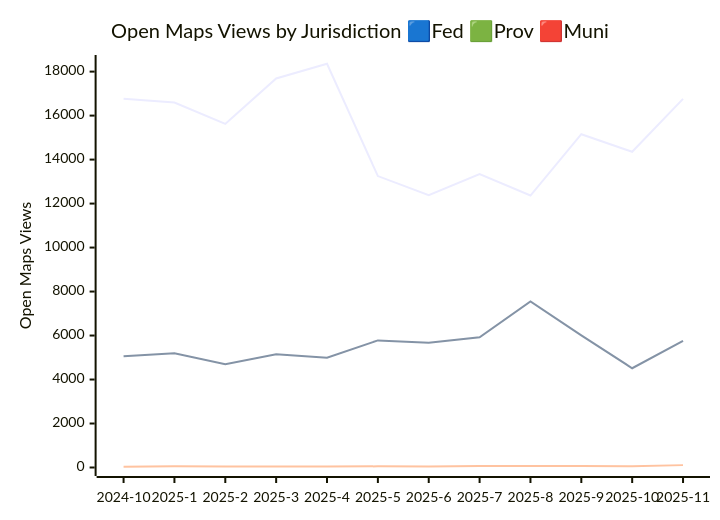
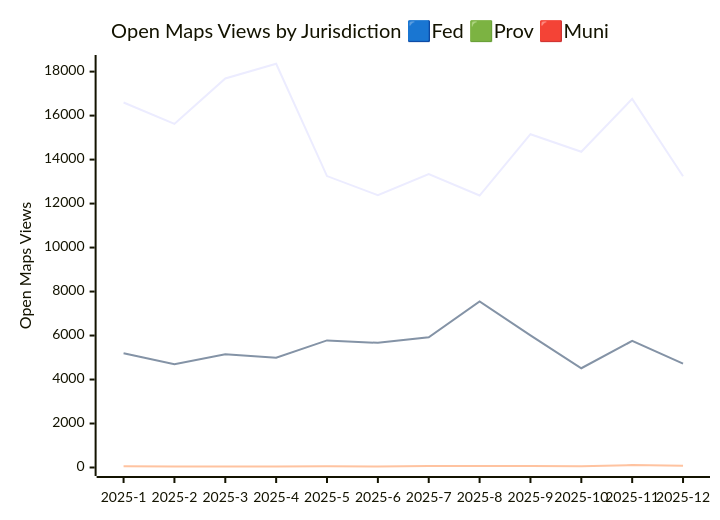
Before and after one commit to open-data/analytics-corporate-reporting: the third of 3 diagrams in JURISDICTION_ANALYTICS_REPORT/readme.md, drawn with Mermaid. The commit also changed other lines of this file and 3 other files, not shown here.

````diff
--- a/JURISDICTION_ANALYTICS_REPORT/readme.md
+++ b/JURISDICTION_ANALYTICS_REPORT/readme.md
@@ -41,10 +41,10 @@
 ```mermaid
 
 xychart-beta
     title "Open Maps Views by Jurisdiction 🟦Fed 🟩Prov 🟥Muni"
-    x-axis [2024-10, 2025-1, 2025-2, 2025-3, 2025-4, 2025-5, 2025-6, 2025-7, 2025-8, 2025-9, 2025-10, 2025-11]
+    x-axis [2025-1, 2025-2, 2025-3, 2025-4, 2025-5, 2025-6, 2025-7, 2025-8, 2025-9, 2025-10, 2025-11, 2025-12]
     y-axis "Open Maps Views" 0 --> 18369
-    line [16769, 16596, 15623, 17687, 18359, 13250, 12379, 13343, 12366, 15153, 14355, 16762]
-    line [5060, 5195, 4699, 5150, 4987, 5778, 5667, 5922, 7554, 6011, 4513, 5755]
-    line [36, 52, 45, 47, 42, 52, 51, 71, 72, 68, 55, 108]
+    line [16596, 15623, 17687, 18359, 13250, 12379, 13343, 12366, 15153, 14355, 16762, 13244]
+    line [5195, 4699, 5150, 4987, 5778, 5667, 5922, 7554, 6011, 4513, 5755, 4723]
+    line [52, 45, 47, 42, 52, 51, 71, 72, 68, 55, 108, 75]
 ```
````
